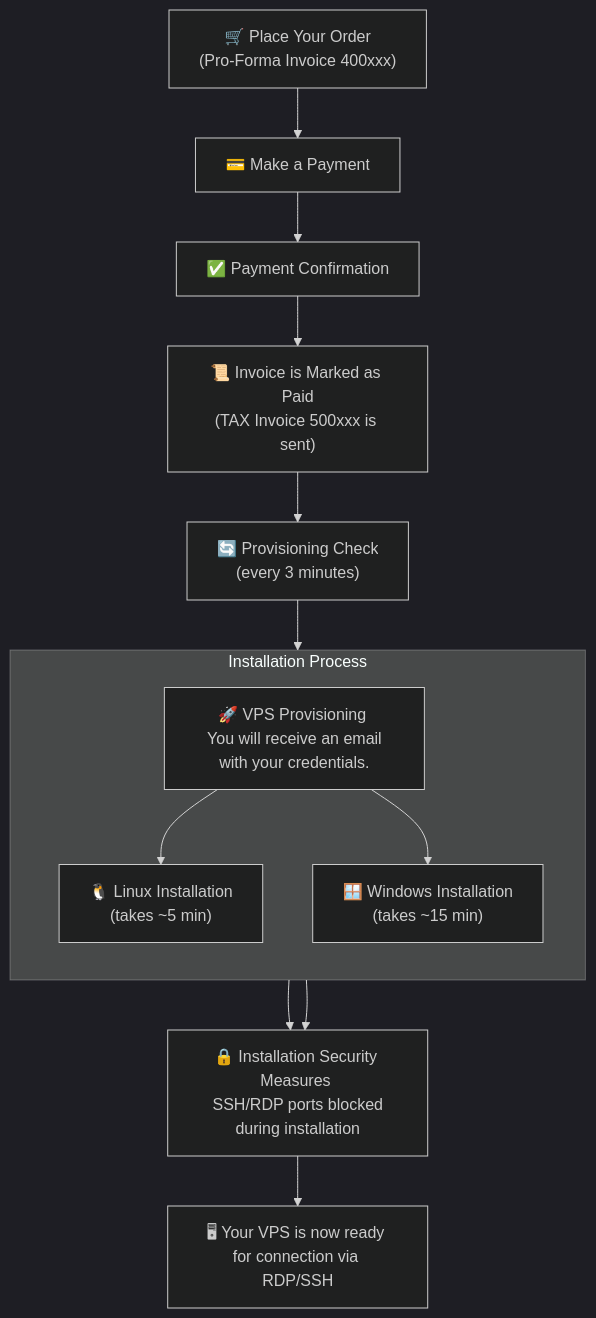
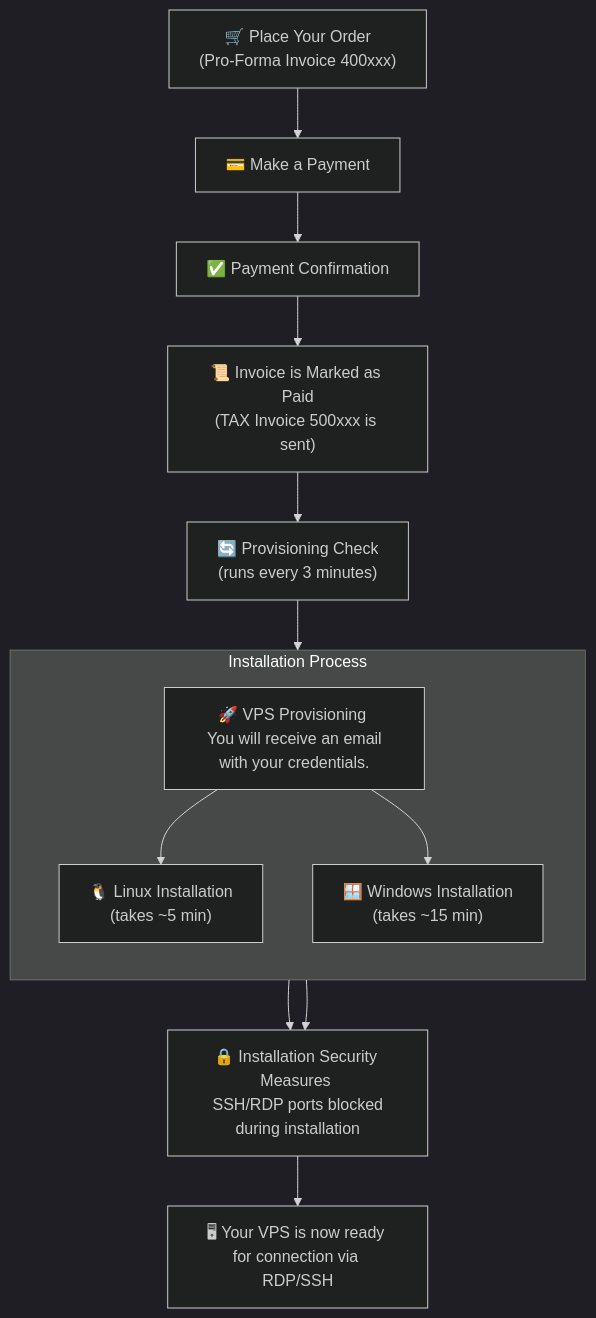
The diagram in faq/billing-lifecycle/how-fast-instant-delivery.mdx (gExPl0ReR/docs), drawn with Mermaid (dark theme) before and after one commit.

Commit message:
adjusting billing flowchart

````diff
--- a/faq/billing-lifecycle/how-fast-instant-delivery.mdx
+++ b/faq/billing-lifecycle/how-fast-instant-delivery.mdx
@@ -29,17 +29,17 @@
 ```mermaid
 flowchart TD
     A["🛒 Place Your Order<br>(Pro-Forma Invoice 400xxx)"] --> B["💳 Make a Payment"]
     B --> C["✅ Payment Confirmation"]
     C --> D["📜 Invoice is Marked as Paid<br>(TAX Invoice 500xxx is sent)"]
-    D --> E["🔄 Provisioning Check<br>(every 3 minutes)"]
+    D --> E["🔄 Provisioning Check<br>(runs every 3 minutes)"]
     E --> F["🚀 VPS Provisioning <br> You will receive an email with your credentials."]
 
     subgraph "🖥️ Installation Process" [Installation Process]
         direction TB
         F --> G["🐧 Linux Installation <br>(takes ~5 min)"]
         F --> H["🪟 Windows Installation <br> (takes ~15 min)"]
     end
 
     G & H --> I["🔒 Installation Security Measures <br> SSH/RDP ports blocked during installation"]
     I --> J["🖥 Your VPS is now ready for connection via RDP/SSH"]
 ```
````
